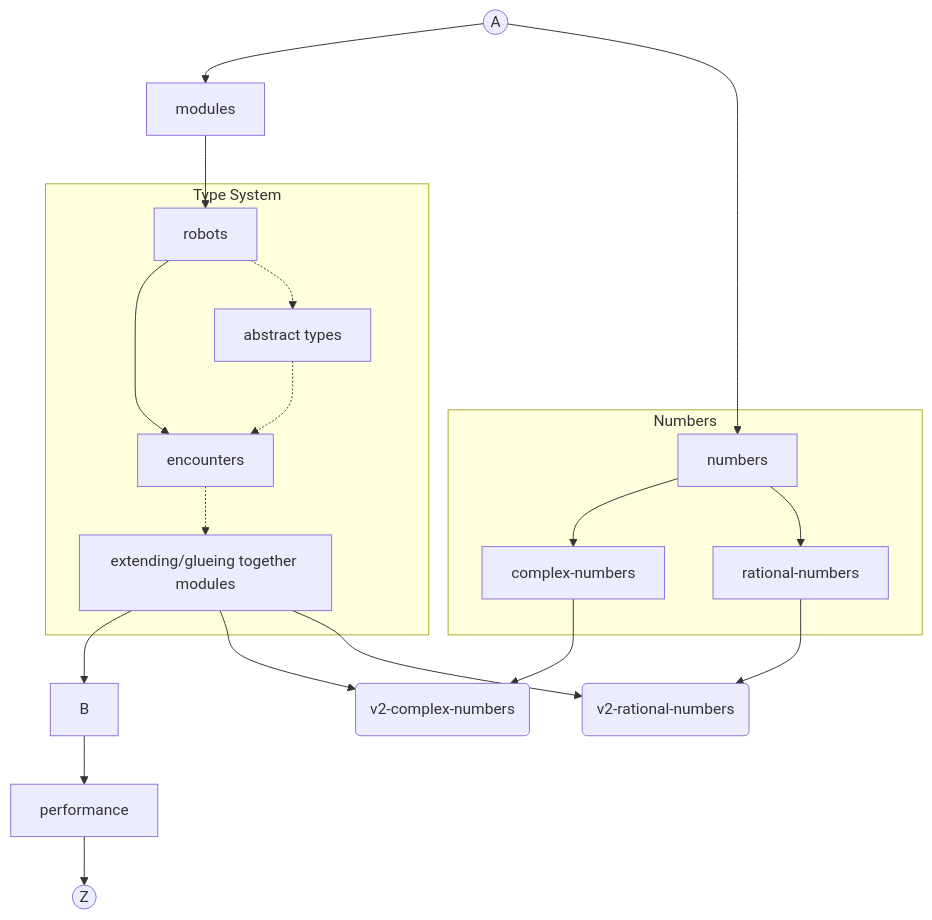
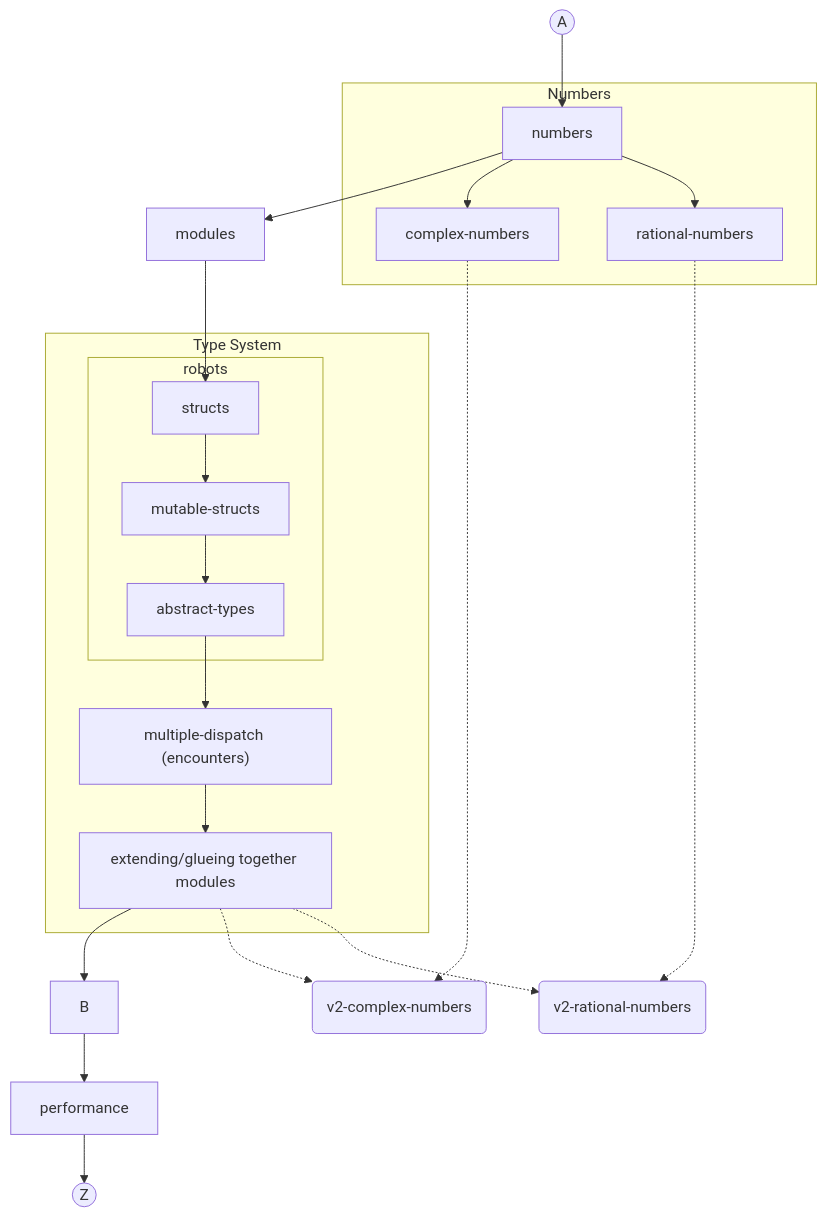
Before and after one commit to exercism/v3: the diagram in languages/julia/reference/progression.md, drawn with Mermaid. The commit also changed other lines of this file, not shown here.

Commit message:
redo robots

````diff
--- a/languages/julia/reference/progression.md
+++ b/languages/julia/reference/progression.md
@@ -5,27 +5,30 @@
 ```mermaid
 graph TD
 
-A((A)) --> modules
+A((A)) --> numbers
 
-modules --> robots
+numbers --> modules
+
+modules --> structs
 subgraph Type System
-	robots --> encounters
-	robots -.-> abstract-types
-	abstract-types[abstract types] -.-> encounters
-	encounters -.-> extension[extending/glueing together modules]
+	subgraph robots
+		structs --> mutable-structs
+		mutable-structs --> abstract-types
+	end
+	abstract-types --> multiple-dispatch
+	multiple-dispatch["multiple-dispatch (encounters)"] --> extension[extending/glueing together modules]
 end
 extension --> B
 B --> performance
 performance --> Z((Z))
 
-A((A)) --> numbers
 subgraph Numbers
 	numbers --> complex-numbers
 	numbers --> rational-numbers
 end
 
-complex-numbers --> v2-complex-numbers(v2-complex-numbers)
-rational-numbers --> v2-rational-numbers(v2-rational-numbers)
-extension --> v2-complex-numbers
-extension --> v2-rational-numbers
+complex-numbers -.-> v2-complex-numbers(v2-complex-numbers)
+rational-numbers -.-> v2-rational-numbers(v2-rational-numbers)
+extension -.-> v2-complex-numbers
+extension -.-> v2-rational-numbers
 ```
````
